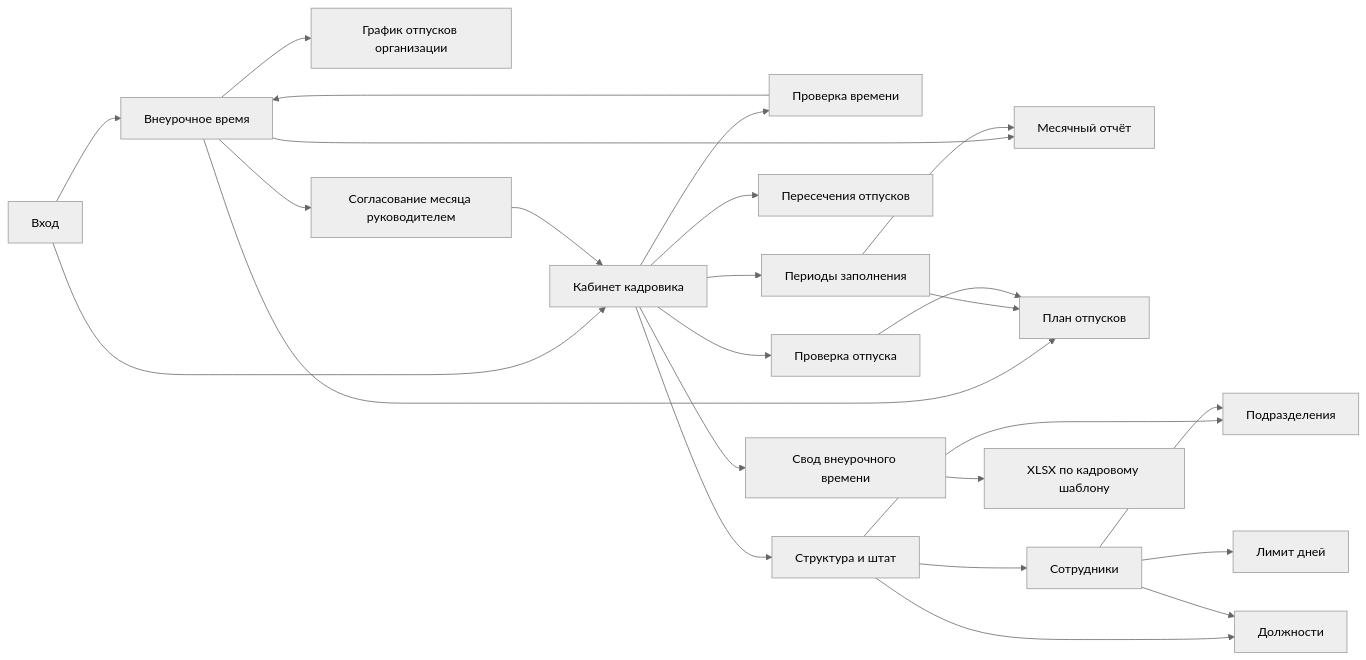
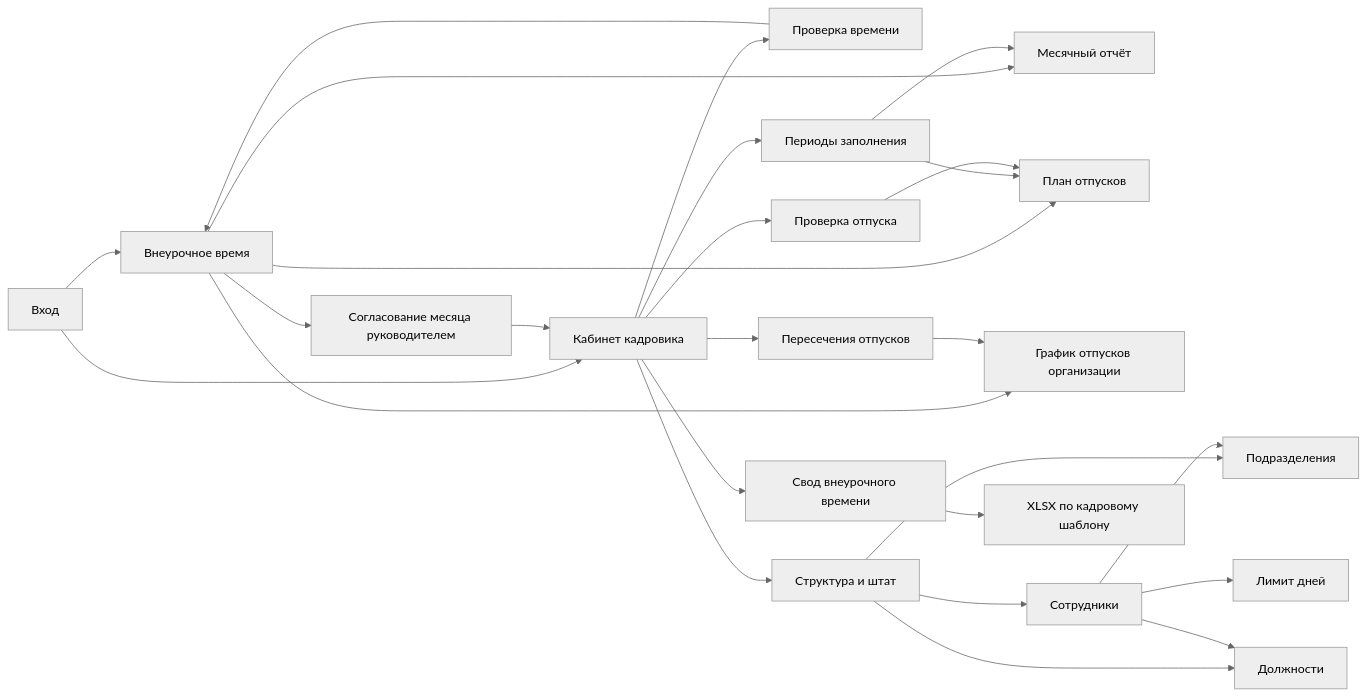
The first of 2 diagrams in docs/PRODUCT_FLOW_MAP.md (BillShifr/work-calendar), drawn with Mermaid (neutral theme) before and after one commit. The commit also changed other lines of this file and 6 other files, not shown here.

Commit message:
feat: link HR overlap cards and summary metrics to the vacation board

````diff
--- a/docs/PRODUCT_FLOW_MAP.md
+++ b/docs/PRODUCT_FLOW_MAP.md
@@ -9,28 +9,29 @@
 ```mermaid
 flowchart LR
   Login[Вход] --> EmployeeHome[Внеурочное время]
   EmployeeHome --> OvertimeMonth[Месячный отчёт]
   EmployeeHome --> VacationPlan[План отпусков]
   EmployeeHome --> VacationBoard[График отпусков организации]
   EmployeeHome --> DepartmentApproval[Согласование месяца руководителем]
 
   Login --> HrHome[Кабинет кадровика]
   DepartmentApproval --> HrHome
   HrHome --> OvertimeReview[Проверка времени]
   HrHome --> VacationReview[Проверка отпуска]
   HrHome --> Overlap[Пересечения отпусков]
+  Overlap --> VacationBoard
   HrHome --> Workforce[Структура и штат]
   Workforce --> Employees[Сотрудники]
   Workforce --> Departments[Подразделения]
   Workforce --> JobTitles[Должности]
   HrHome --> EntryWindows[Периоды заполнения]
   HrHome --> OvertimeSummary[Свод внеурочного времени]
   OvertimeSummary --> ExcelExport[XLSX по кадровому шаблону]
   EntryWindows --> VacationPlan
   EntryWindows --> OvertimeMonth
   Employees --> Departments
   Employees --> JobTitles
   Employees --> VacationAllowance[Лимит дней]
   OvertimeReview --> EmployeeHome
   VacationReview --> VacationPlan
 ```
````
